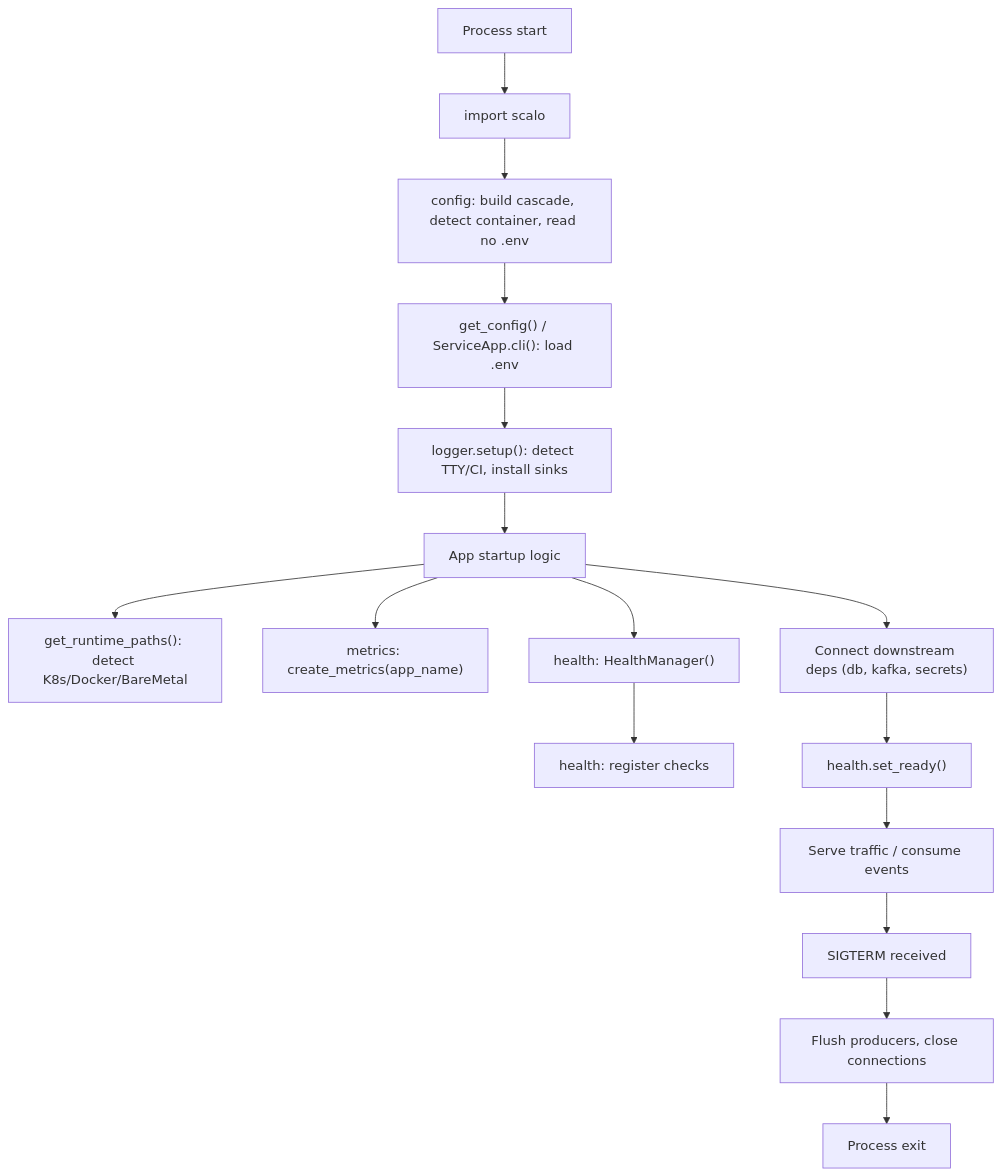
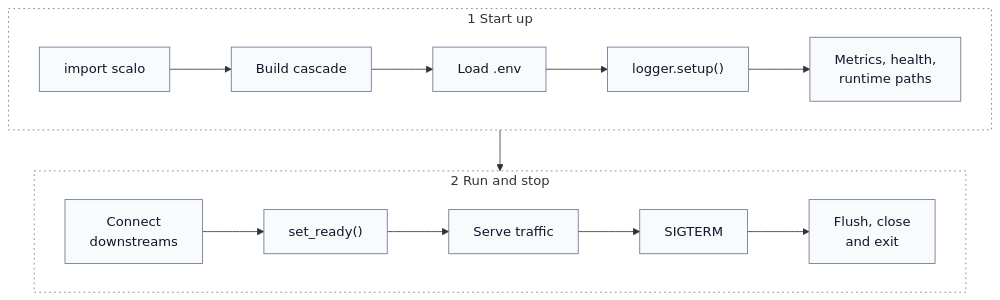
The diagram in docs/auto-wiring.md (hyperi-io/scalo-py), drawn with Mermaid before and after one commit. The commit also changed other lines of this file and 38 other files, not shown here.

First line of the commit message:
docs(scalo-py): fix 14 claims and redraw the diagrams

````diff
--- a/docs/auto-wiring.md
+++ b/docs/auto-wiring.md
@@ -59,35 +53,19 @@
 ```mermaid
 flowchart TB
-    Start["Process start"]
-    Import["import scalo"]
-    Cascade["config: build cascade, detect container, read no .env"]
-    DotEnv["get_config() / ServiceApp.cli(): load .env"]
-    LogSetup["logger.setup(): detect TTY/CI, install sinks"]
-    RtDetect["get_runtime_paths(): detect K8s/Docker/BareMetal"]
-    AppInit["App startup logic"]
-    Metrics["metrics: create_metrics(app_name)"]
-    Health["health: HealthManager()"]
-    DepCheck["health: register checks"]
-    Connect["Connect downstream deps (db, kafka, secrets)"]
-    Ready["health.set_ready()"]
-    Serve["Serve traffic / consume events"]
-    Sigterm["SIGTERM received"]
-    Flush["Flush producers, close connections"]
-    Stop["Process exit"]
+    accTitle: L4 Detail -- Service lifecycle
+    accDescr: Start up runs in order: import scalo, build the config cascade, load the .env file, set up the logger, then create metrics, health and runtime paths. Then the service connects its downstreams, calls set_ready, serves traffic, receives SIGTERM, and flushes, closes and exits.
 
-    Start --> Import
-    Import --> Cascade
-    Cascade --> DotEnv
-    DotEnv --> LogSetup
-    LogSetup --> AppInit
-    AppInit --> RtDetect
-    AppInit --> Metrics
-    AppInit --> Health
-    Health --> DepCheck
-    AppInit --> Connect
-    Connect --> Ready
-    Ready --> Serve
-    Serve --> Sigterm
-    Sigterm --> Flush
-    Flush --> Stop
+    subgraph s1["1 Start up"]
+        direction LR
+        imp["import scalo"] --> cascade["Build cascade"] --> dotenv["Load .env"] --> logsetup["logger.setup()"] --> init["Metrics, health,<br/>runtime paths"]
+    end
+    subgraph s2["2 Run and stop"]
+        direction LR
+        connect["Connect<br/>downstreams"] --> ready["set_ready()"] --> serve["Serve traffic"] --> sigterm["SIGTERM"] --> flush["Flush, close<br/>and exit"]
+    end
+    s1 --> s2
+
+    classDef default fill:#F8FAFC,stroke:#64748B,stroke-width:1px,color:#0F172A
+    classDef group fill:none,stroke:#64748B,stroke-width:1px,stroke-dasharray:2 4
+    class s1,s2 group
 ```
````
